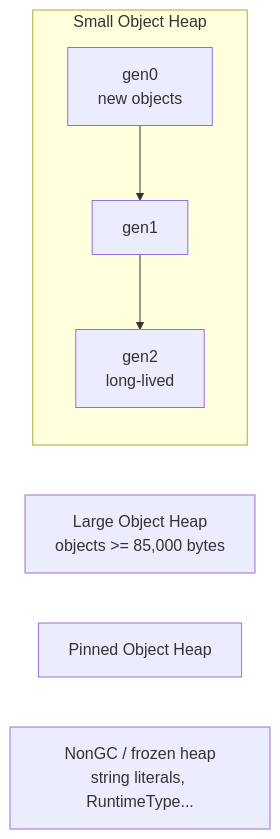
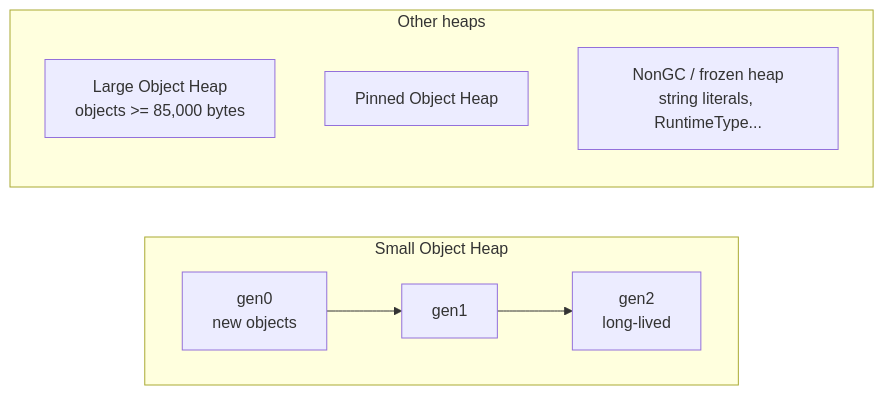
Before and after one commit to haison8x/net-dump-tutorials: the first of 2 diagrams in docs/01-dump-fundamentals.md, drawn with Mermaid. The commit also changed 3 other files, not shown here.

First line of the commit message:
Make docs diagrams readable and drop leftover pod wording

````diff
--- a/docs/01-dump-fundamentals.md
+++ b/docs/01-dump-fundamentals.md
@@ -55,9 +55,13 @@
 ```mermaid
 flowchart LR
     subgraph SOH[Small Object Heap]
+        direction LR
         G0[gen0<br/>new objects] --> G1[gen1] --> G2[gen2<br/>long-lived]
     end
-    LOH[Large Object Heap<br/>objects >= 85,000 bytes]
-    POH[Pinned Object Heap]
-    NonGC[NonGC / frozen heap<br/>string literals, RuntimeType...]
+    subgraph Other[Other heaps]
+        direction TB
+        LOH[Large Object Heap<br/>objects >= 85,000 bytes]
+        POH[Pinned Object Heap]
+        NonGC[NonGC / frozen heap<br/>string literals, RuntimeType...]
+    end
 ```
````
